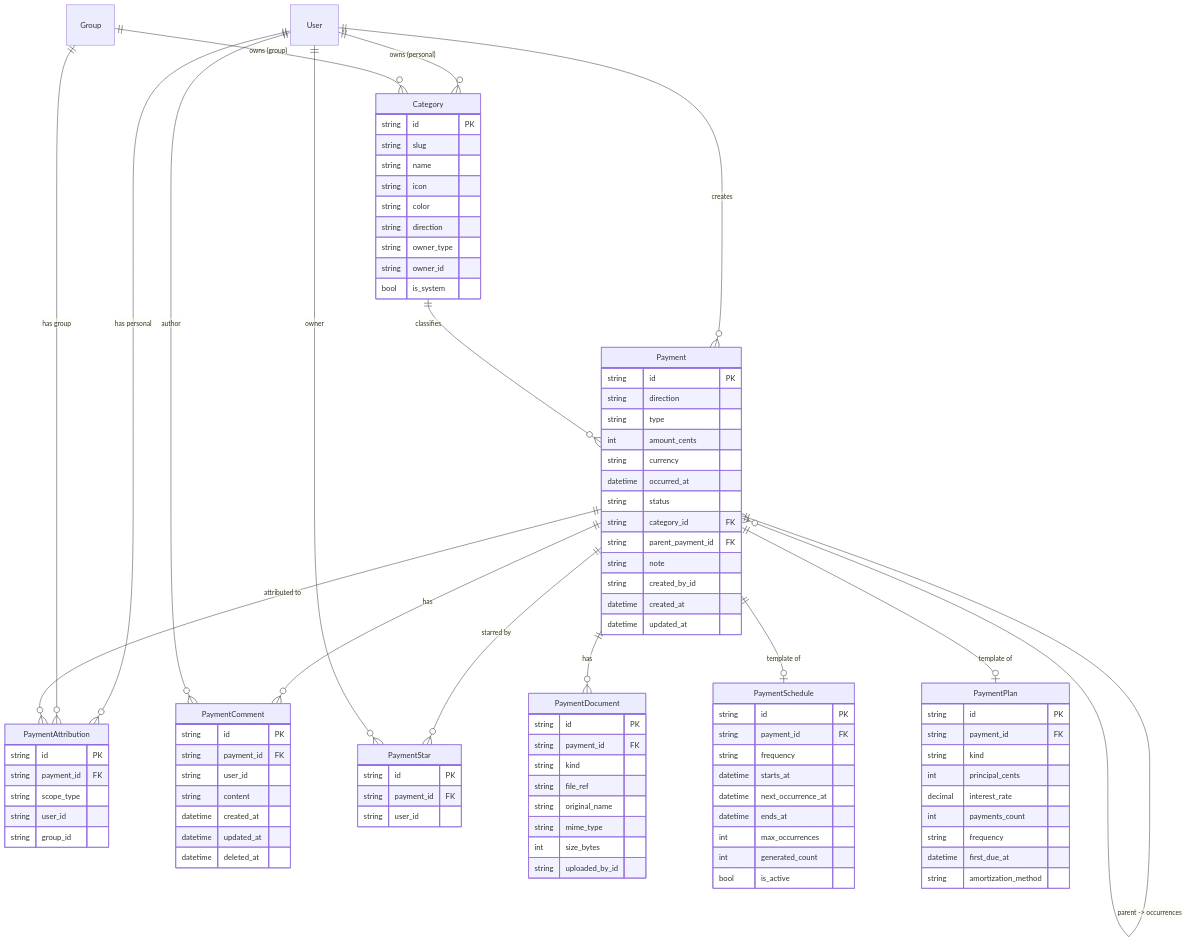
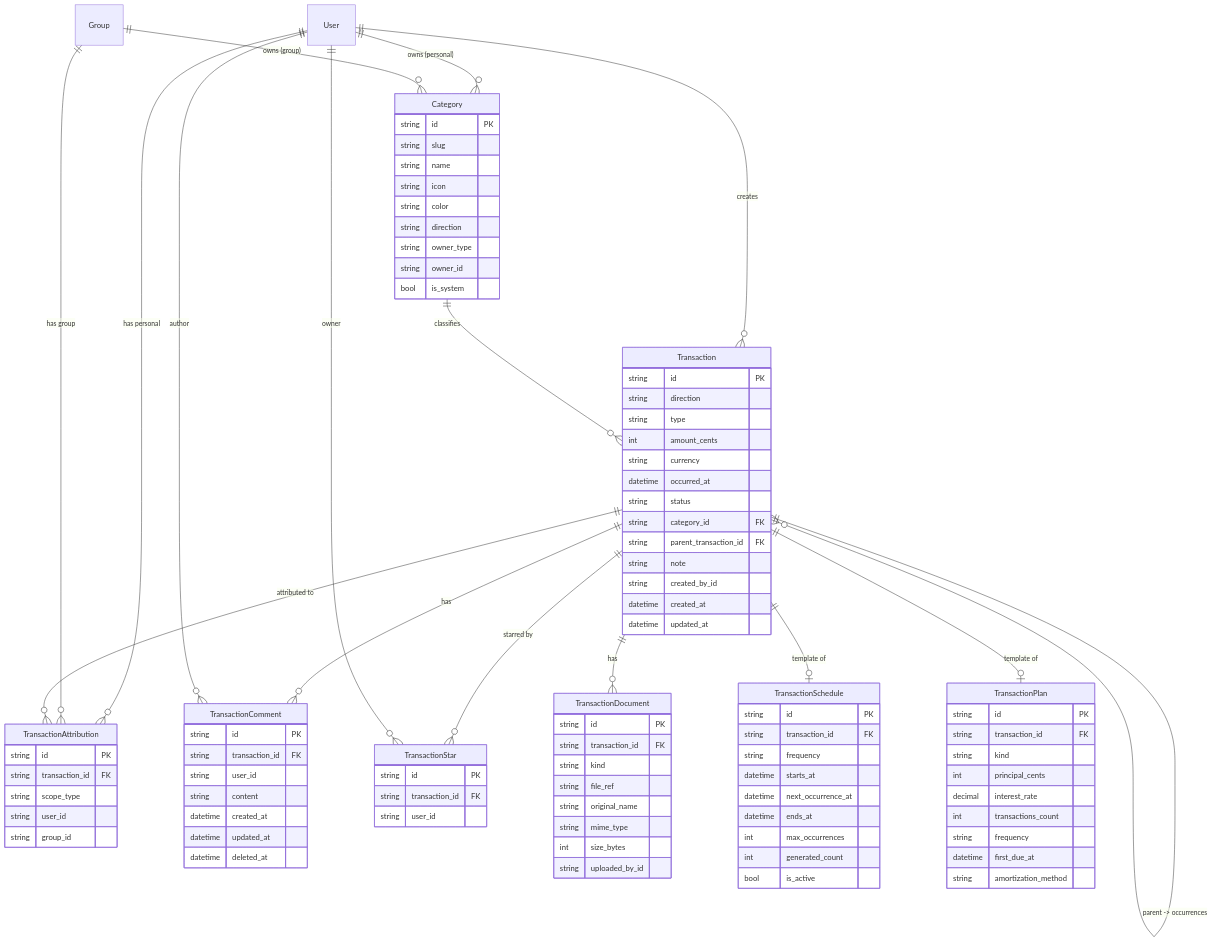
The first of 2 diagrams in docs/phase-6-transactions-design.md (Aleksei-Michnik/myfinpro), drawn with Mermaid before and after one commit. The commit also changed other lines of this file and 8 other files, not shown here.

First line of the commit message:
docs(phase-8.20): rename Payment → Transaction in living docs; journal entry

````diff
--- a/docs/phase-6-transactions-design.md
+++ b/docs/phase-6-transactions-design.md
@@ -234,25 +234,25 @@
 ```mermaid
 erDiagram
-    User ||--o{ PaymentAttribution : "has personal"
-    Group ||--o{ PaymentAttribution : "has group"
-    User ||--o{ Payment : "creates"
+    User ||--o{ TransactionAttribution : "has personal"
+    Group ||--o{ TransactionAttribution : "has group"
+    User ||--o{ Transaction : "creates"
     User ||--o{ Category : "owns (personal)"
     Group ||--o{ Category : "owns (group)"
 
-    Payment ||--o{ PaymentAttribution : "attributed to"
-    Payment ||--o{ PaymentComment : "has"
-    Payment ||--o{ PaymentStar : "starred by"
-    Payment ||--o{ PaymentDocument : "has"
-    Payment ||--o| PaymentSchedule : "template of"
-    Payment ||--o| PaymentPlan : "template of"
-    Payment ||--o{ Payment : "parent -> occurrences"
+    Transaction ||--o{ TransactionAttribution : "attributed to"
+    Transaction ||--o{ TransactionComment : "has"
+    Transaction ||--o{ TransactionStar : "starred by"
+    Transaction ||--o{ TransactionDocument : "has"
+    Transaction ||--o| TransactionSchedule : "template of"
+    Transaction ||--o| TransactionPlan : "template of"
+    Transaction ||--o{ Transaction : "parent -> occurrences"
 
-    Category ||--o{ Payment : "classifies"
+    Category ||--o{ Transaction : "classifies"
 
-    PaymentComment }o--|| User : "author"
-    PaymentStar }o--|| User : "owner"
+    TransactionComment }o--|| User : "author"
+    TransactionStar }o--|| User : "owner"
 
-    Payment {
+    Transaction {
         string id PK
         string direction
         string type
@@ -261,16 +261,16 @@
         datetime occurred_at
         string status
         string category_id FK
-        string parent_payment_id FK
+        string parent_transaction_id FK
         string note
         string created_by_id
         datetime created_at
         datetime updated_at
     }
 
-    PaymentAttribution {
+    TransactionAttribution {
         string id PK
-        string payment_id FK
+        string transaction_id FK
         string scope_type
         string user_id
         string group_id
@@ -288,9 +288,9 @@
         bool is_system
     }
 
-    PaymentSchedule {
+    TransactionSchedule {
         string id PK
-        string payment_id FK
+        string transaction_id FK
         string frequency
         datetime starts_at
         datetime next_occurrence_at
@@ -300,21 +300,21 @@
         bool is_active
     }
 
-    PaymentPlan {
+    TransactionPlan {
         string id PK
-        string payment_id FK
+        string transaction_id FK
         string kind
         int principal_cents
         decimal interest_rate
-        int payments_count
+        int transactions_count
         string frequency
         datetime first_due_at
         string amortization_method
     }
 
-    PaymentDocument {
+    TransactionDocument {
         string id PK
-        string payment_id FK
+        string transaction_id FK
         string kind
         string file_ref
         string original_name
@@ -323,9 +323,9 @@
         string uploaded_by_id
     }
 
-    PaymentComment {
+    TransactionComment {
         string id PK
-        string payment_id FK
+        string transaction_id FK
         string user_id
         string content
         datetime created_at
@@ -333,9 +333,9 @@
         datetime deleted_at
     }
 
-    PaymentStar {
+    TransactionStar {
         string id PK
-        string payment_id FK
+        string transaction_id FK
         string user_id
     }
 ```
````
